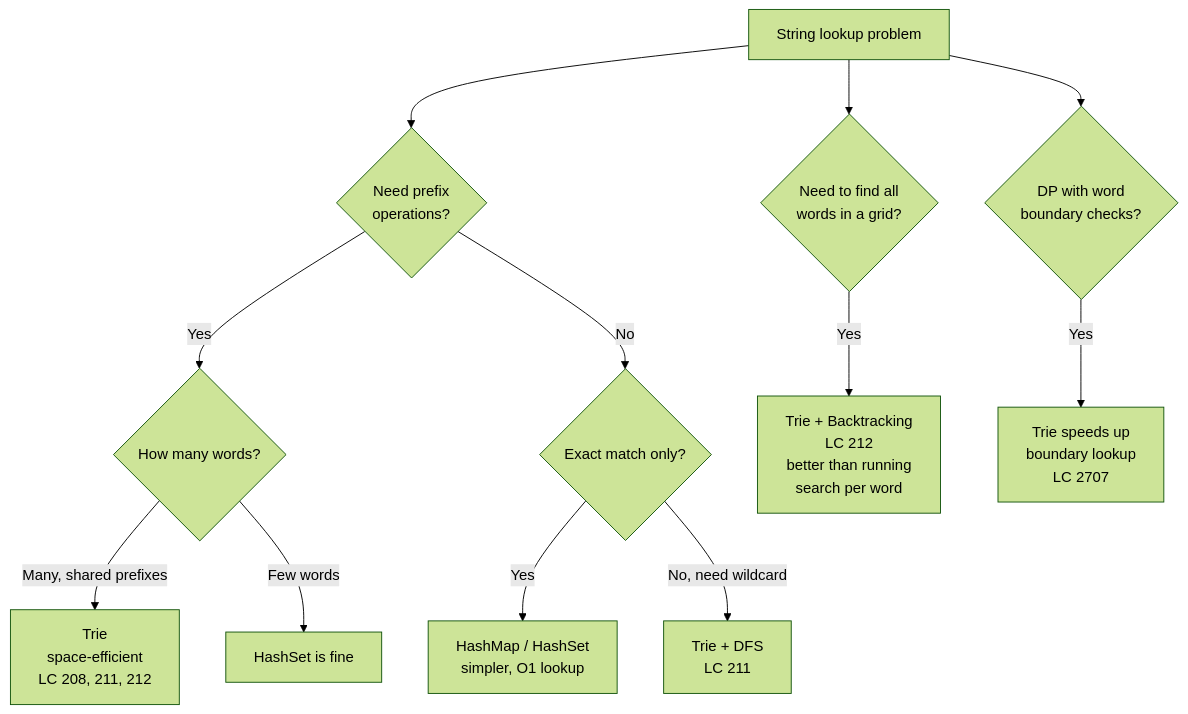
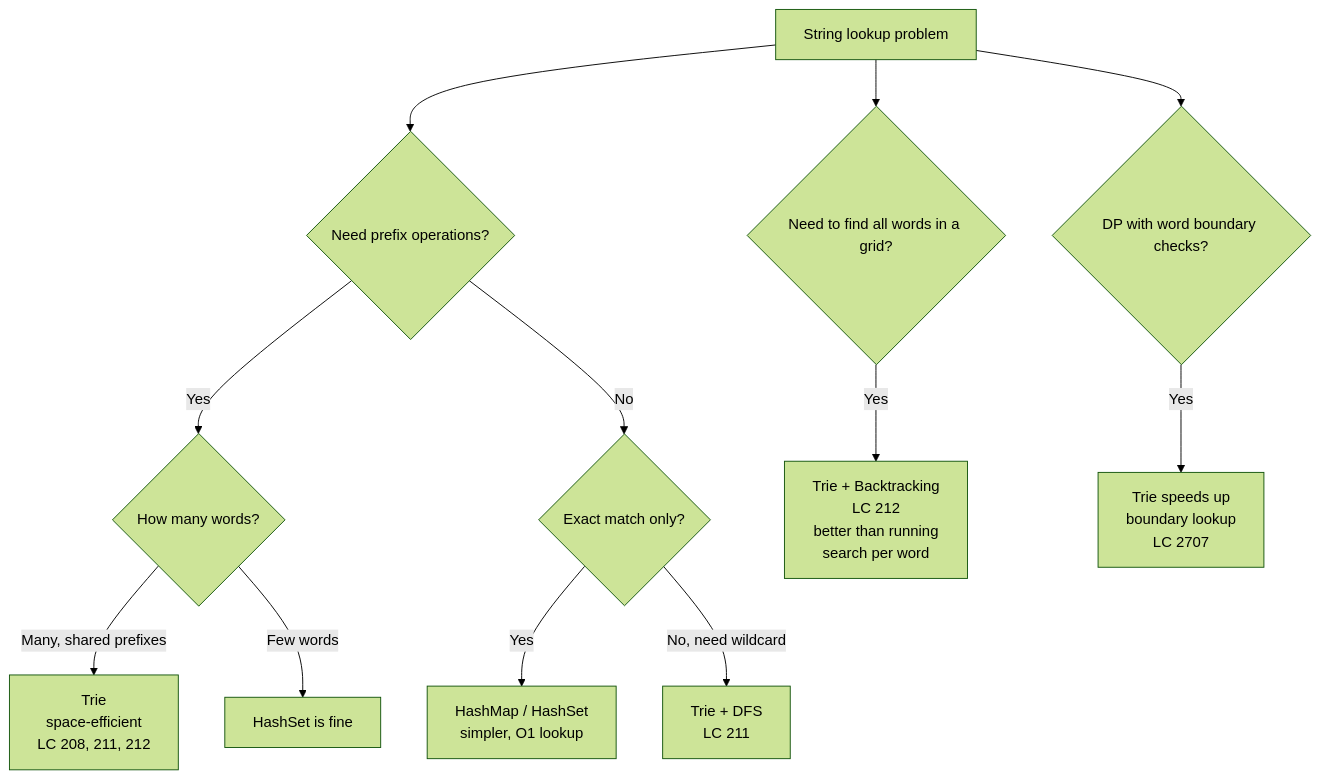
The sixth of 7 diagrams in tries/README.md (deepanshu-rawat6/AlgoAtlas), drawn with Mermaid (forest theme) before and after one commit. The commit also changed other lines of this file and 43 other files, not shown here.

````diff
--- a/tries/README.md
+++ b/tries/README.md
@@ -102,14 +102,14 @@
 ```mermaid
 flowchart TD
-    A[String lookup problem] --> B{Need prefix<br>operations?}
-    B -- Yes --> C{How many words?}
+    A[String lookup problem] --> B{"Need prefix operations?"}
+    B -- Yes --> C{"How many words?"}
     C -- Many, shared prefixes --> D[Trie<br>space-efficient<br>LC 208, 211, 212]
     C -- Few words --> E[HashSet is fine]
-    B -- No --> F{Exact match only?}
+    B -- No --> F{"Exact match only?"}
     F -- Yes --> G[HashMap / HashSet<br>simpler, O1 lookup]
     F -- No, need wildcard --> H[Trie + DFS<br>LC 211]
-    A --> I{Need to find all<br>words in a grid?}
+    A --> I{"Need to find all words in a grid?"}
     I -- Yes --> J[Trie + Backtracking<br>LC 212<br>better than running<br>search per word]
-    A --> K{DP with word<br>boundary checks?}
+    A --> K{"DP with word boundary checks?"}
     K -- Yes --> L[Trie speeds up<br>boundary lookup<br>LC 2707]
 ```
````
